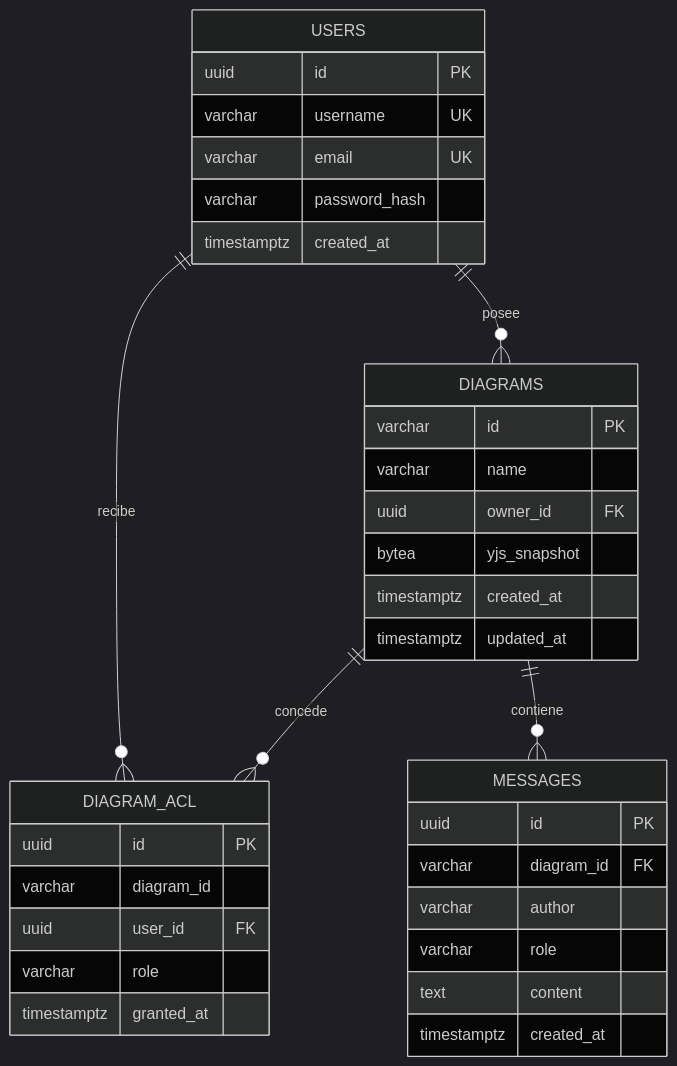
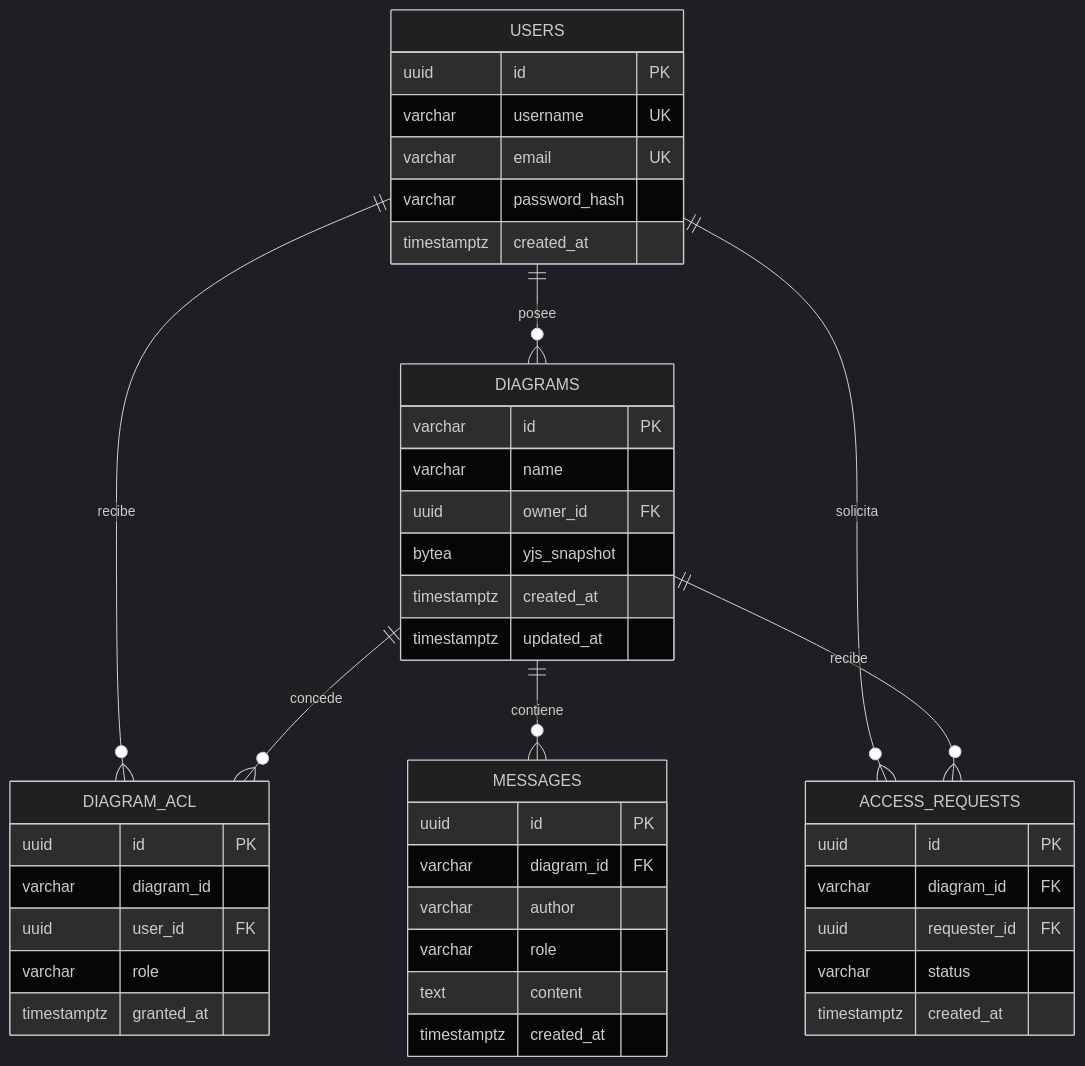
Before and after one commit to juandani11/case-tool-colaborativo: the ninth of 17 diagrams in Documentacion_Segundo_Parcial/04_Diseno.md, drawn with Mermaid (dark theme). The commit also changed other lines of this file and 42 other files, not shown here.

Commit message:
Release Final: IA Local (Service Discovery), Patrón Strategy (Groq/Ollama), Fase 3 (Solicitudes), UI/UX Dashboard y Documentación PUDS/UML 100% completa

````diff
--- a/Documentacion_Segundo_Parcial/04_Diseno.md
+++ b/Documentacion_Segundo_Parcial/04_Diseno.md
@@ -254,41 +484,51 @@
 ```mermaid
 erDiagram
     USERS ||--o{ DIAGRAMS : posee
     USERS ||--o{ DIAGRAM_ACL : recibe
     DIAGRAMS ||--o{ DIAGRAM_ACL : concede
     DIAGRAMS ||--o{ MESSAGES : contiene
+    USERS ||--o{ ACCESS_REQUESTS : solicita
+    DIAGRAMS ||--o{ ACCESS_REQUESTS : recibe
 
     USERS {
         uuid id PK
         varchar username UK
         varchar email UK
         varchar password_hash
         timestamptz created_at
     }
 
     DIAGRAMS {
         varchar id PK
         varchar name
         uuid owner_id FK
         bytea yjs_snapshot
         timestamptz created_at
         timestamptz updated_at
     }
 
     DIAGRAM_ACL {
         uuid id PK
         varchar diagram_id
         uuid user_id FK
         varchar role
         timestamptz granted_at
     }
 
     MESSAGES {
         uuid id PK
         varchar diagram_id FK
         varchar author
         varchar role
         text content
         timestamptz created_at
     }
+
+    ACCESS_REQUESTS {
+        uuid id PK
+        varchar diagram_id FK
+        uuid requester_id FK
+        varchar status
+        timestamptz created_at
+    }
 ```
````
